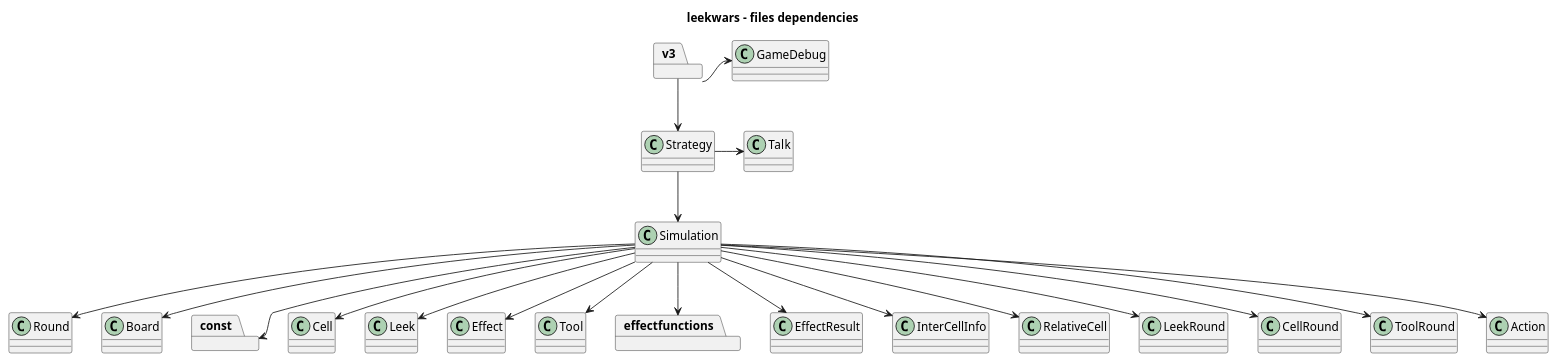
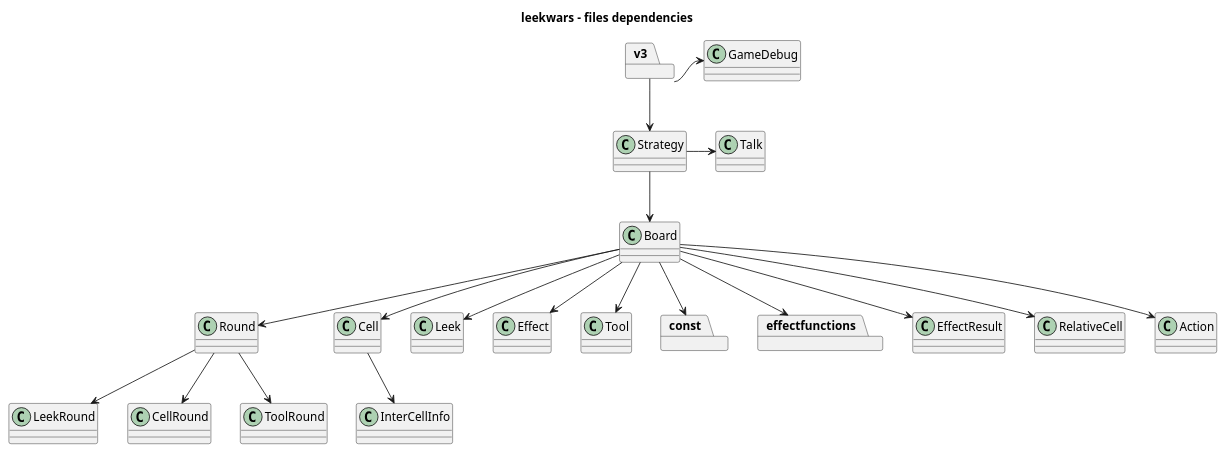
One commit to fauconv/leekwars changed the diagram in doc/files_dependencies_solved.puml. Above: the diagram before and after it, drawn with PlantUML. The commit also changed 17 other files, not shown here.

Commit message:
suppression de simulation et integration de action dans round part 1

```diff
--- a/doc/files_dependencies_solved.puml
+++ b/doc/files_dependencies_solved.puml
@@ -1,48 +1,46 @@
 @startuml
 
 title leekwars - files dependencies
 
 allowmixing
 
 class Round
 class Board
-package const
 class Cell 
 class Leek
 class Effect
 class Tool
+package const
 package effectfunctions
 class EffectResult
 class InterCellInfo
 class RelativeCell
 class Strategy
 package v3
 class GameDebug
 class LeekRound
 class CellRound
 class ToolRound
-class Simulation
 class Action
 class Talk
 
 v3 -> GameDebug
 v3 --> Strategy
-Strategy --> Simulation
+Strategy --> Board
 Strategy -> Talk
-Simulation --> Action
-Simulation --> Board
-Simulation --> effectfunctions
-Simulation --> EffectResult
-Simulation --> Round 
-Simulation --> const
-Simulation --> CellRound
-Simulation --> LeekRound
-Simulation --> Cell
-Simulation --> InterCellInfo
-Simulation --> ToolRound
-Simulation --> Tool
-Simulation --> Leek
-Simulation --> Effect
-Simulation --> RelativeCell
+Board --> Action
+Board --> effectfunctions
+Board --> EffectResult
+Board --> Round 
+Board --> const
+Round --> CellRound
+Round --> LeekRound
+Board --> Cell
+Cell --> InterCellInfo
+Round --> ToolRound
+Board --> Tool
+Board --> Leek
+Board --> Effect
+Board --> RelativeCell
 
 @enduml
```
